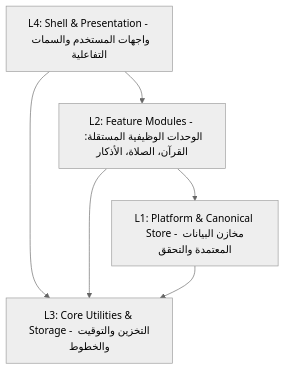
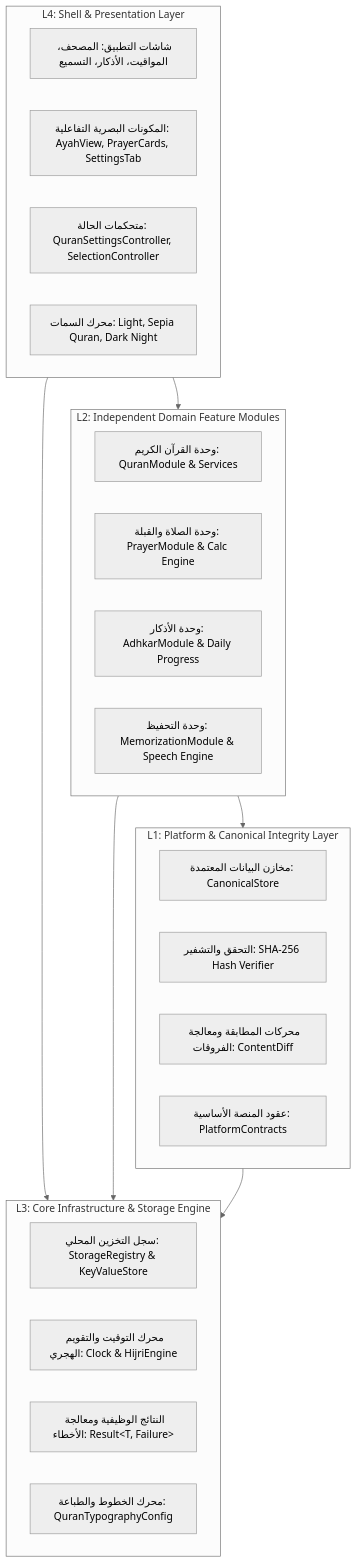
The first of 2 diagrams in docs/00_SYSTEM_ARCHITECTURE.md (yalaahamdy/SIRAJ), drawn with Mermaid (neutral theme) before and after one commit. The commit also changed other lines of this file and 6 other files, not shown here.

Commit message:
docs: expand comprehensive architecture and domain documentation suite (6x depth)

````diff
--- a/docs/00_SYSTEM_ARCHITECTURE.md
+++ b/docs/00_SYSTEM_ARCHITECTURE.md
@@ -9,8 +11,36 @@
 ```mermaid
 graph TD
-    L4[L4: Shell & Presentation - واجهات المستخدم والسمات التفاعلية] --> L3[L3: Core Utilities & Storage - التخزين والتوقيت والخطوط]
-    L4 --> L2[L2: Feature Modules - الوحدات الوظيفية المستقلة: القرآن، الصلاة، الأذكار]
+    subgraph L4["L4: Shell & Presentation Layer"]
+        UI_Screens[شاشات التطبيق: المصحف، المواقيت، الأذكار، التسميع]
+        UI_Widgets[المكونات البصرية التفاعلية: AyahView, PrayerCards, SettingsTab]
+        UI_Controllers[متحكمات الحالة: QuranSettingsController, SelectionController]
+        UI_Theme[محرك السمات: Light, Sepia Quran, Dark Night]
+    end
+
+    subgraph L2["L2: Independent Domain Feature Modules"]
+        M_Quran[وحدة القرآن الكريم: QuranModule & Services]
+        M_Prayer[وحدة الصلاة والقبلة: PrayerModule & Calc Engine]
+        M_Adhkar[وحدة الأذكار: AdhkarModule & Daily Progress]
+        M_Memorize[وحدة التحفيظ: MemorizationModule & Speech Engine]
+    end
+
+    subgraph L1["L1: Platform & Canonical Integrity Layer"]
+        P_Canonical[مخازن البيانات المعتمدة: CanonicalStore]
+        P_Security[التحقق والتشفير: SHA-256 Hash Verifier]
+        P_Ingestion[محركات المطابقة ومعالجة الفروقات: ContentDiff]
+        P_Contracts[عقود المنصة الأساسية: PlatformContracts]
+    end
+
+    subgraph L3["L3: Core Infrastructure & Storage Engine"]
+        C_Storage[سجل التخزين المحلي: StorageRegistry & KeyValueStore]
+        C_Clock[محرك التوقيت والتقويم الهجري: Clock & HijriEngine]
+        C_Results[النتائج الوظيفية ومعالجة الأخطاء: Result&lt;T, Failure&gt;]
+        C_Typography[محرك الخطوط والطباعة: QuranTypographyConfig]
+    end
+
+    L4 --> L2
+    L4 --> L3
+    L2 --> L1
     L2 --> L3
-    L2 --> L1[L1: Platform & Canonical Store - مخازن البيانات المعتمدة والتحقق]
     L1 --> L3
 ```
````
